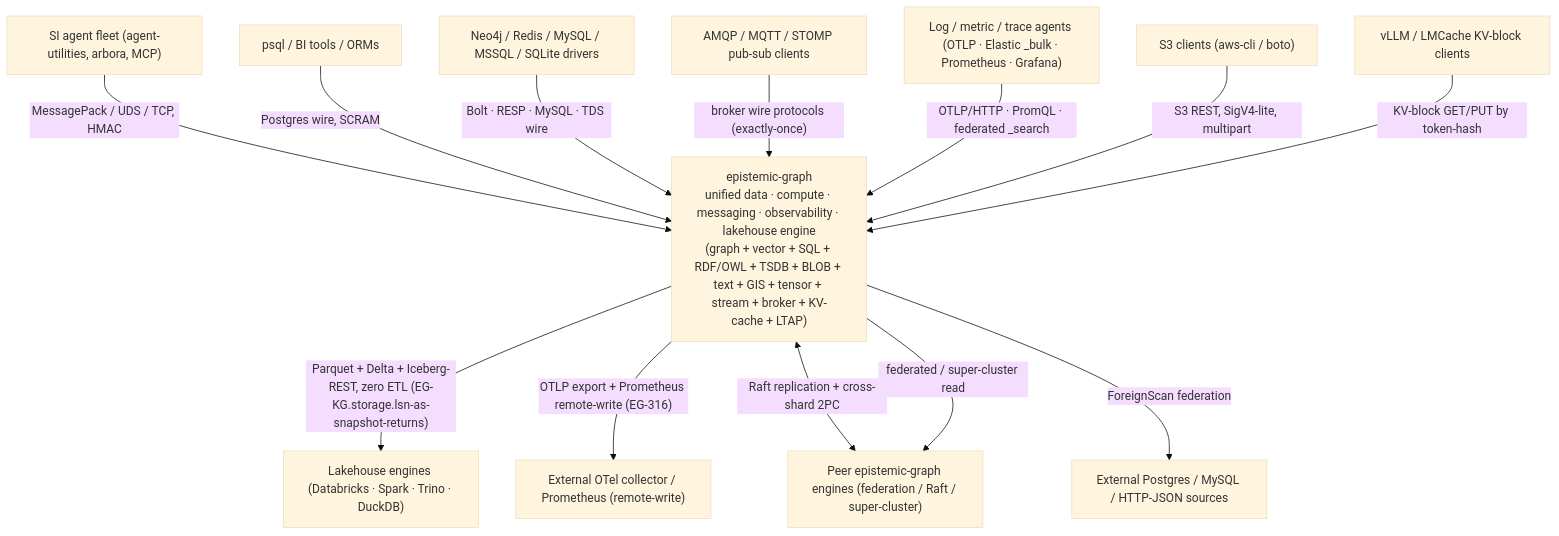
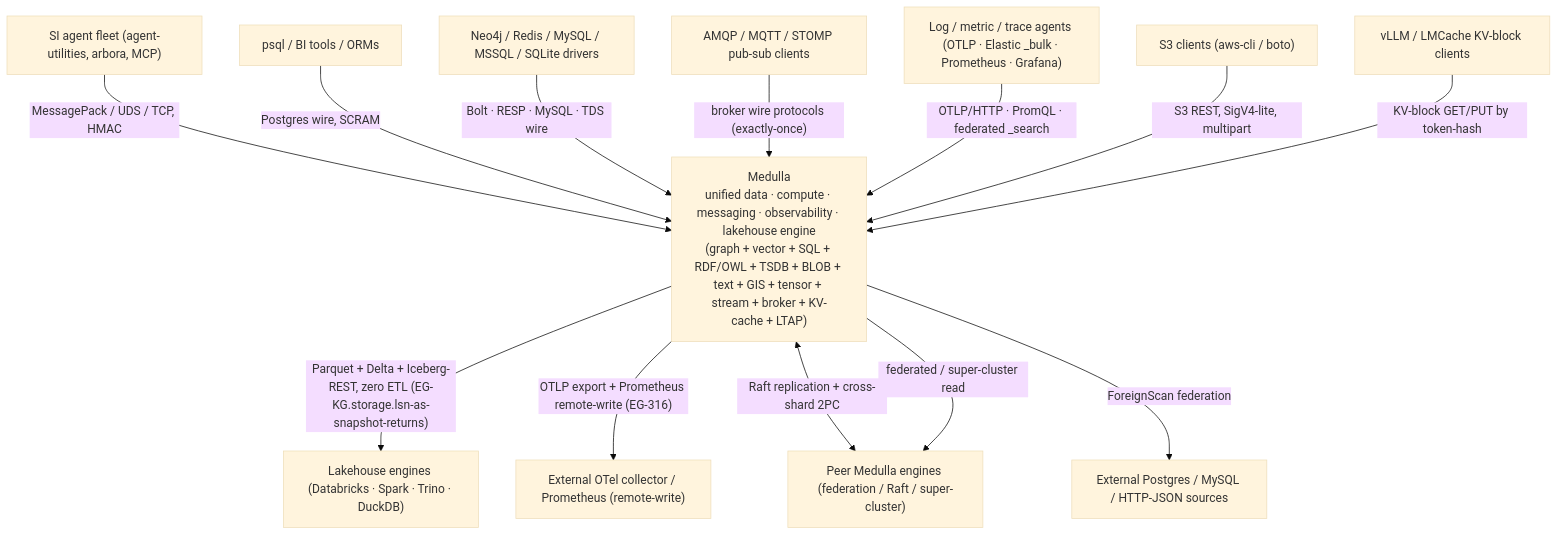
The first of 9 diagrams in docs/architecture/engine.md (Knuckles-Team/epistemic-graph), drawn with Mermaid (base theme) before and after one commit. The commit also changed other lines of this file and 59 other files, not shown here.

````diff
--- a/docs/architecture/engine.md
+++ b/docs/architecture/engine.md
@@ -16,29 +16,29 @@
 ```mermaid
 flowchart TB
     AGENT["SI agent fleet (agent-utilities, arbora, MCP)"]
     PSQL["psql / BI tools / ORMs"]
     DBCLI["Neo4j / Redis / MySQL / MSSQL / SQLite drivers"]
     MSG["AMQP / MQTT / STOMP pub-sub clients"]
     OBSAG["Log / metric / trace agents (OTLP · Elastic _bulk · Prometheus · Grafana)"]
     S3CLI["S3 clients (aws-cli / boto)"]
     LLM["vLLM / LMCache KV-block clients"]
     LAKE["Lakehouse engines (Databricks · Spark · Trino · DuckDB)"]
     OTELC["External OTel collector / Prometheus (remote-write)"]
-    PEER["Peer epistemic-graph engines (federation / Raft / super-cluster)"]
+    PEER["Peer Medulla engines (federation / Raft / super-cluster)"]
     EXT["External Postgres / MySQL / HTTP-JSON sources"]
 
-    ENGINE["epistemic-graph<br/>unified data · compute · messaging · observability · lakehouse engine<br/>(graph + vector + SQL + RDF/OWL + TSDB + BLOB + text + GIS + tensor + stream + broker + KV-cache + LTAP)"]
+    ENGINE["Medulla<br/>unified data · compute · messaging · observability · lakehouse engine<br/>(graph + vector + SQL + RDF/OWL + TSDB + BLOB + text + GIS + tensor + stream + broker + KV-cache + LTAP)"]
 
     AGENT -->|"MessagePack / UDS / TCP, HMAC"| ENGINE
     PSQL -->|"Postgres wire, SCRAM"| ENGINE
     DBCLI -->|"Bolt · RESP · MySQL · TDS wire"| ENGINE
     MSG -->|"broker wire protocols (exactly-once)"| ENGINE
     OBSAG -->|"OTLP/HTTP · PromQL · federated _search"| ENGINE
     S3CLI -->|"S3 REST, SigV4-lite, multipart"| ENGINE
     LLM -->|"KV-block GET/PUT by token-hash"| ENGINE
     ENGINE -->|"Parquet + Delta + Iceberg-REST, zero ETL (EG-KG.storage.lsn-as-snapshot-returns)"| LAKE
     ENGINE -->|"OTLP export + Prometheus remote-write (EG-316)"| OTELC
     ENGINE <-->|"Raft replication + cross-shard 2PC"| PEER
     ENGINE -->|"ForeignScan federation"| EXT
     ENGINE -->|"federated / super-cluster read"| PEER
 ```
````
